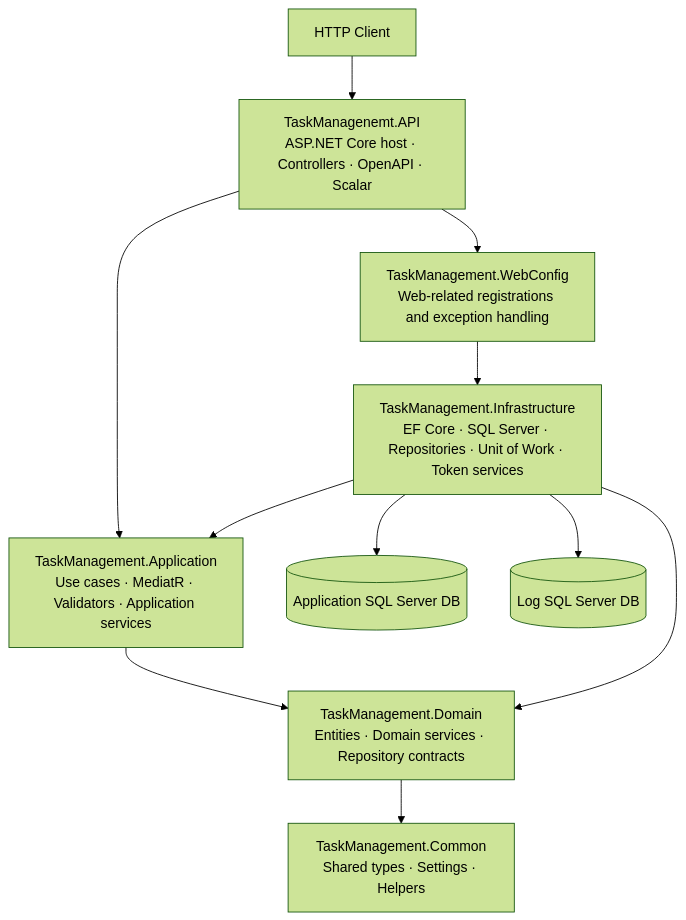
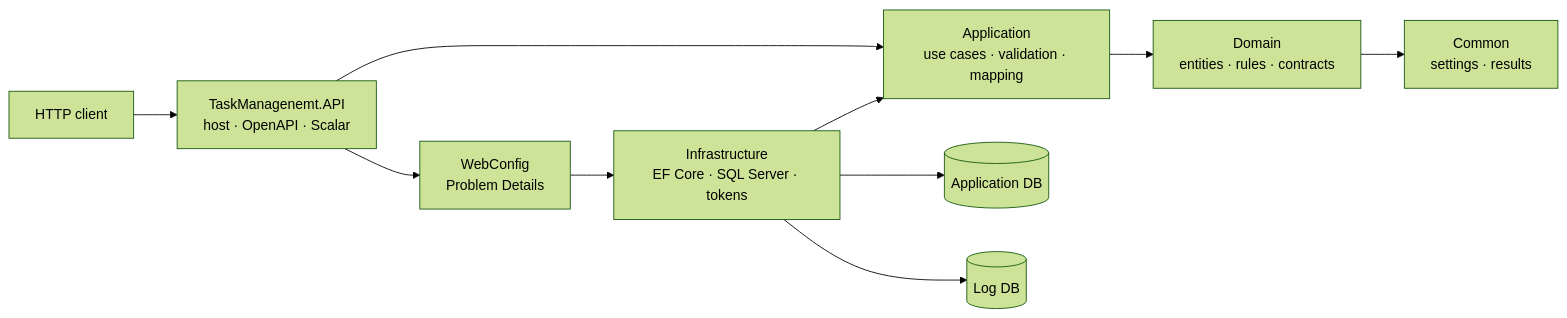
The first of 2 diagrams in README.md (CallMeMazi/TaskManagement-API), drawn with Mermaid (forest theme) before and after one commit. The commit also changed other lines of this file and 2 other files, not shown here.

````diff
--- a/README.md
+++ b/README.md
@@ -131,23 +50,22 @@
 ```mermaid
-flowchart TB
-    Client[HTTP Client]
-    API["TaskManagenemt.API<br/>ASP.NET Core host · Controllers · OpenAPI · Scalar"]
-    Web["TaskManagement.WebConfig<br/>Web-related registrations and exception handling"]
-    App["TaskManagement.Application<br/>Use cases · MediatR · Validators · Application services"]
-    Domain["TaskManagement.Domain<br/>Entities · Domain services · Repository contracts"]
-    Infra["TaskManagement.Infrastructure<br/>EF Core · SQL Server · Repositories · Unit of Work · Token services"]
-    Common["TaskManagement.Common<br/>Shared types · Settings · Helpers"]
-    DB[(Application SQL Server DB)]
-    Logs[(Log SQL Server DB)]
+flowchart LR
+    Client[HTTP client]
+    API["TaskManagenemt.API<br/>host · OpenAPI · Scalar"]
+    Web["WebConfig<br/>Problem Details"]
+    Infra["Infrastructure<br/>EF Core · SQL Server · tokens"]
+    App["Application<br/>use cases · validation · mapping"]
+    Domain["Domain<br/>entities · rules · contracts"]
+    Common["Common<br/>settings · results"]
+    DB[(Application DB)]
+    Logs[(Log DB)]
 
     Client --> API
     API --> Web
     API --> App
     Web --> Infra
+    Infra --> App
     App --> Domain
-    Infra --> App
-    Infra --> Domain
     Domain --> Common
     Infra --> DB
     Infra --> Logs
 ```
````
